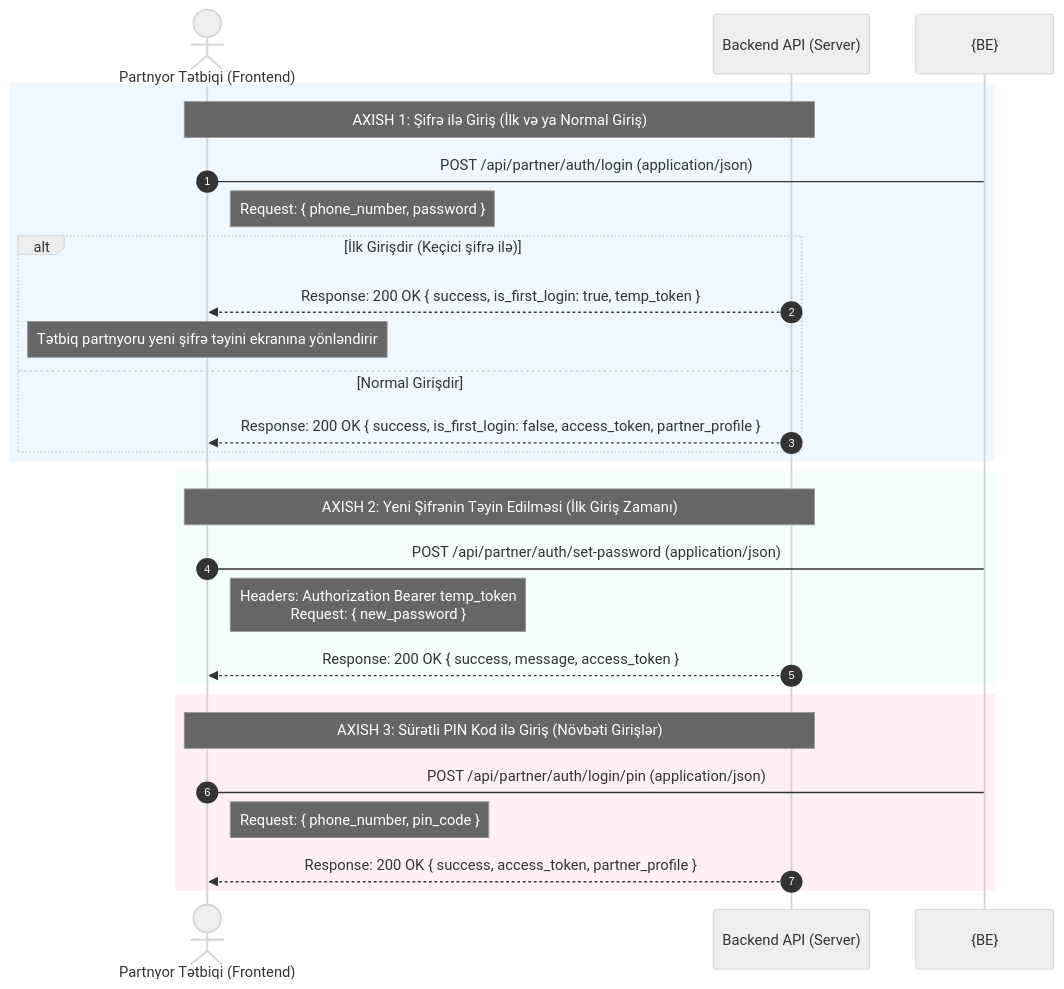
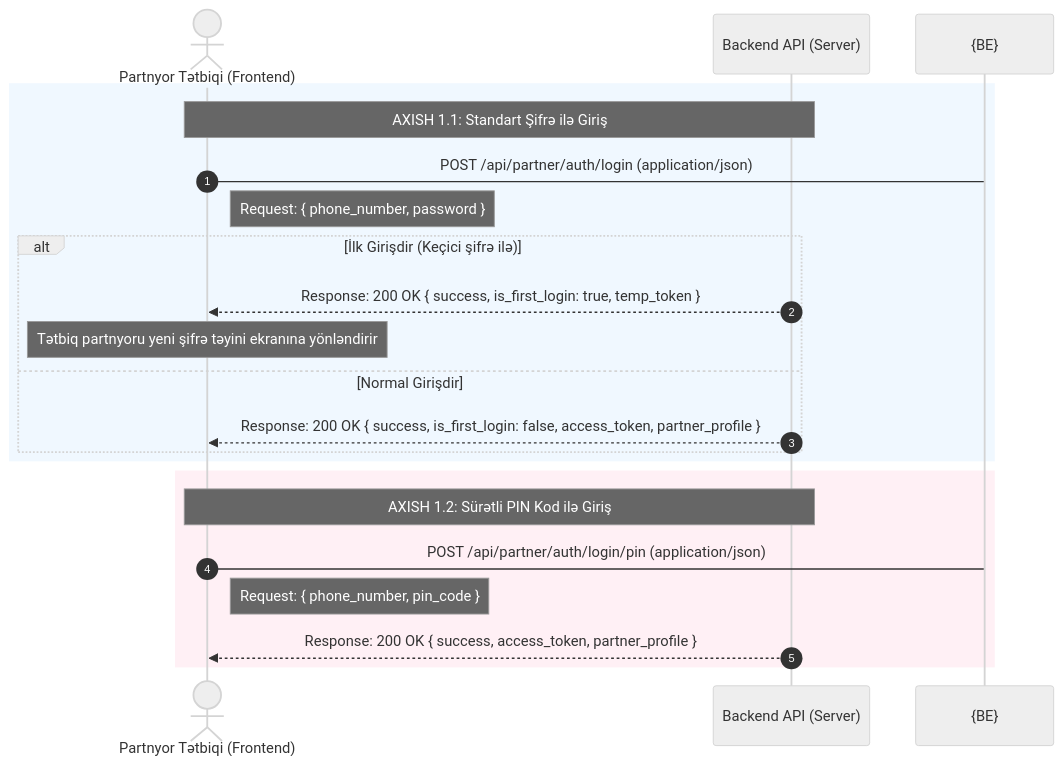
The first of 3 diagrams in partnyor_login_flow.md (Rokobot/loya_flow_api), drawn with Mermaid (neutral theme) before and after one commit. The commit also changed other lines of this file, not shown here.

````diff
--- a/partnyor_login_flow.md
+++ b/partnyor_login_flow.md
@@ -11,36 +12,28 @@
 ```mermaid
 sequenceDiagram
     autonumber
     actor Partner as Partnyor Tətbiqi (Frontend)
     participant BE as Backend API (Server)
 
-    %% Flow 1: Simple Password Login (First Time or Normal)
+    %% Flow 1: Simple Password Login
     rect rgb(240, 248, 255)
-        Note over Partner, BE: AXISH 1: Şifrə ilə Giriş (İlk və ya Normal Giriş)
+        Note over Partner, BE: AXISH 1.1: Standart Şifrə ilə Giriş
         Partner->{BE}: POST /api/partner/auth/login (application/json)
         Note right of Partner: Request: { phone_number, password }
         
         alt İlk Girişdir (Keçici şifrə ilə)
             BE-->>Partner: Response: 200 OK { success, is_first_login: true, temp_token }
             Note over Partner: Tətbiq partnyoru yeni şifrə təyini ekranına yönləndirir
         else Normal Girişdir
             BE-->>Partner: Response: 200 OK { success, is_first_login: false, access_token, partner_profile }
         end
     end
 
-    %% Flow 2: Set New Password (Only on First Login)
-    rect rgb(245, 255, 250)
-        Note over Partner, BE: AXISH 2: Yeni Şifrənin Təyin Edilməsi (İlk Giriş Zamanı)
-        Partner->{BE}: POST /api/partner/auth/set-password (application/json)
-        Note right of Partner: Headers: Authorization Bearer temp_token<br>Request: { new_password }
-        BE-->>Partner: Response: 200 OK { success, message, access_token }
-    end
-
-    %% Flow 3: Quick PIN Login
+    %% Flow 2: Quick PIN Login
     rect rgb(255, 240, 245)
-        Note over Partner, BE: AXISH 3: Sürətli PIN Kod ilə Giriş (Növbəti Girişlər)
+        Note over Partner, BE: AXISH 1.2: Sürətli PIN Kod ilə Giriş
         Partner->{BE}: POST /api/partner/auth/login/pin (application/json)
         Note right of Partner: Request: { phone_number, pin_code }
         BE-->>Partner: Response: 200 OK { success, access_token, partner_profile }
     end
 ```
````
